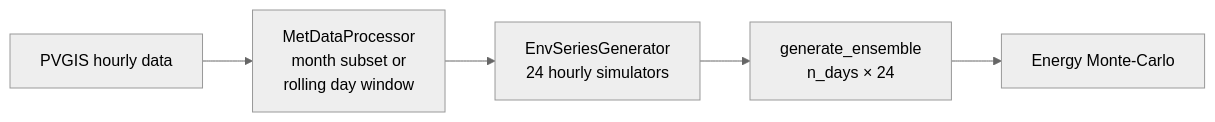
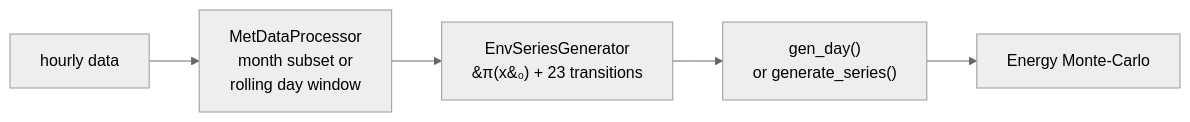
The diagram in docs/source/quickstart.md (npapnet/meteosynth), drawn with Mermaid (neutral theme) before and after one commit. The commit also changed other lines of this file and 36 other files, not shown here.

````diff
--- a/docs/source/quickstart.md
+++ b/docs/source/quickstart.md
@@ -54,7 +54,7 @@
 ```{mermaid}
 flowchart LR
-    A[PVGIS hourly data] --> B[MetDataProcessor<br/>month subset or<br/>rolling day window]
-    B --> C[EnvSeriesGenerator<br/>24 hourly simulators]
-    C --> D[generate_ensemble<br/>n_days &times; 24]
+    A[hourly data] --> B[MetDataProcessor<br/>month subset or<br/>rolling day window]
+    B --> C["EnvSeriesGenerator<br/>&#960;(x&#8320;) + 23 transitions"]
+    C --> D["gen_day()<br/>or generate_series()"]
     D --> E[Energy Monte-Carlo]
 ```
````
